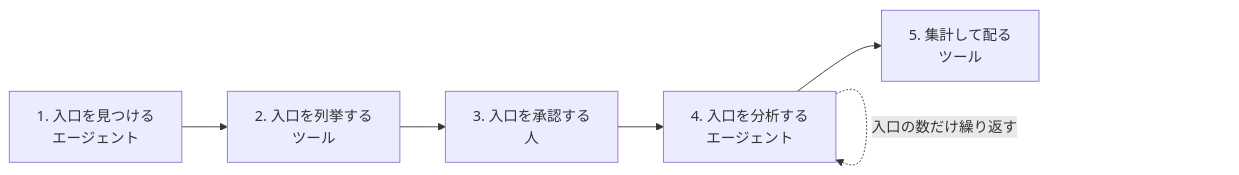
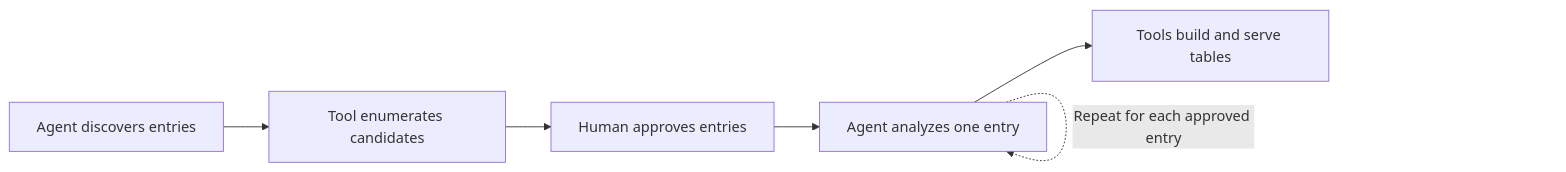
Before and after one commit to suwa-sh/as-built-atlas: the second of 3 diagrams in README.md, drawn with Mermaid. The commit also changed other lines of this file and 2 other files, not shown here.

````diff
--- a/README.md
+++ b/README.md
@@ -151,8 +131,8 @@
 ```mermaid
 flowchart LR
-  S1[1. 入口を見つける<br>エージェント] --> S2[2. 入口を列挙する<br>ツール]
-  S2 --> S3[3. 入口を承認する<br>人]
-  S3 --> S4[4. 入口を分析する<br>エージェント]
-  S4 --> S5[5. 集計して配る<br>ツール]
-  S4 -. 入口の数だけ繰り返す .-> S4
+  S1["Agent discovers entries"] --> S2["Tool enumerates candidates"]
+  S2 --> S3["Human approves entries"]
+  S3 --> S4["Agent analyzes one entry"]
+  S4 -. Repeat for each approved entry .-> S4
+  S4 --> S5["Tools build and serve tables"]
 ```
````
